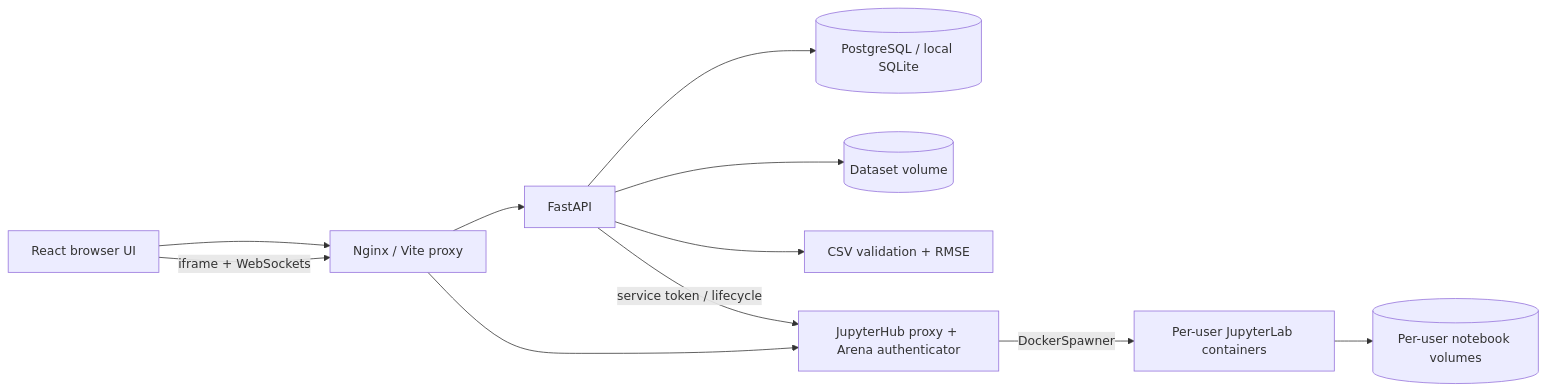
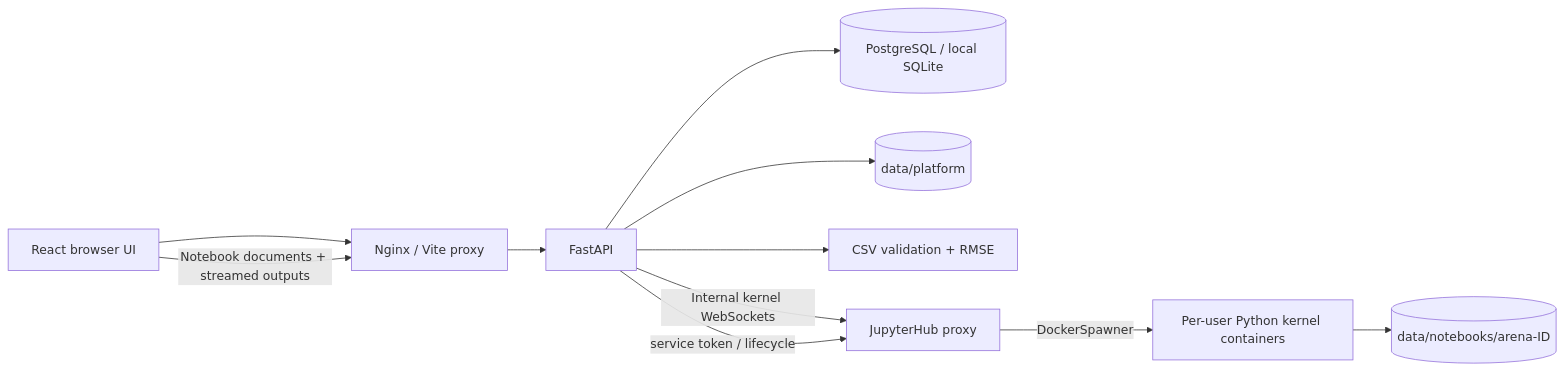
One commit to dataresearch02/kaggle-platform changed the diagram in docs/architecture.md. Above: the diagram before and after it, drawn with Mermaid. The commit also changed other lines of this file and 75 other files, not shown here.

Commit message:
updated for notebook your work.

````diff
--- a/docs/architecture.md
+++ b/docs/architecture.md
@@ -5,13 +5,13 @@
 ```mermaid
 flowchart LR
   Browser[React browser UI] --> Web[Nginx / Vite proxy]
   Web --> API[FastAPI]
   API --> DB[(PostgreSQL / local SQLite)]
-  API --> Files[(Dataset volume)]
+  API --> Files[(data/platform)]
   API --> Scorer[CSV validation + RMSE]
-  Browser -->|iframe + WebSockets| Web
-  Web --> Hub[JupyterHub proxy + Arena authenticator]
+  Browser -->|Notebook documents + streamed outputs| Web
+  API -->|Internal kernel WebSockets| Hub[JupyterHub proxy]
   API -->|service token / lifecycle| Hub
-  Hub -->|DockerSpawner| Jupyter[Per-user JupyterLab containers]
-  Jupyter --> Work[(Per-user notebook volumes)]
+  Hub -->|DockerSpawner| Jupyter[Per-user Python kernel containers]
+  Jupyter --> Work[(data/notebooks/arena-ID)]
 ```
````
